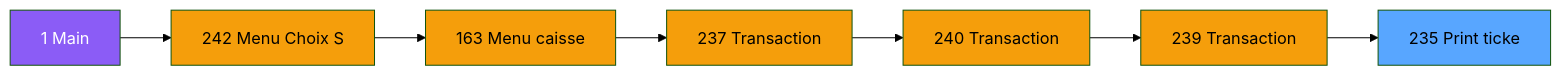
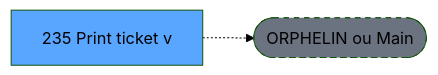
The second of 3 diagrams in .openspec/specs/ADH-IDE-235.md (thonyAGP/lecteur-magic), drawn with Mermaid (forest theme) before and after one commit. The commit also changed other lines of this file and 701 other files, not shown here.

````diff
--- a/.openspec/specs/ADH-IDE-235.md
+++ b/.openspec/specs/ADH-IDE-235.md
@@ -147,23 +133,8 @@
 ```mermaid
 graph LR
-    M[1 Main]
-    N242[242 Menu Choix S]
-    N163[163 Menu caisse ]
-    N237[237 Transaction ]
-    N240[240 Transaction ]
-    N239[239 Transaction ]
-    T[235  Print ticke]
-    M --> N242
-    N242 --> N163
-    N163 --> N237
-    N237 --> N240
-    N240 --> N239
-    N239 --> T
-    style M fill:#8b5cf6,color:#fff
-    style N242 fill:#f59e0b
-    style N163 fill:#f59e0b
-    style N237 fill:#f59e0b
-    style N240 fill:#f59e0b
-    style N239 fill:#f59e0b
+    T[235  Print ticket v]
+    ORPHAN([ORPHELIN ou Main])
+    T -.-> ORPHAN
     style T fill:#58a6ff,color:#000
+    style ORPHAN fill:#6b7280,stroke-dasharray: 5 5
 ```
````
